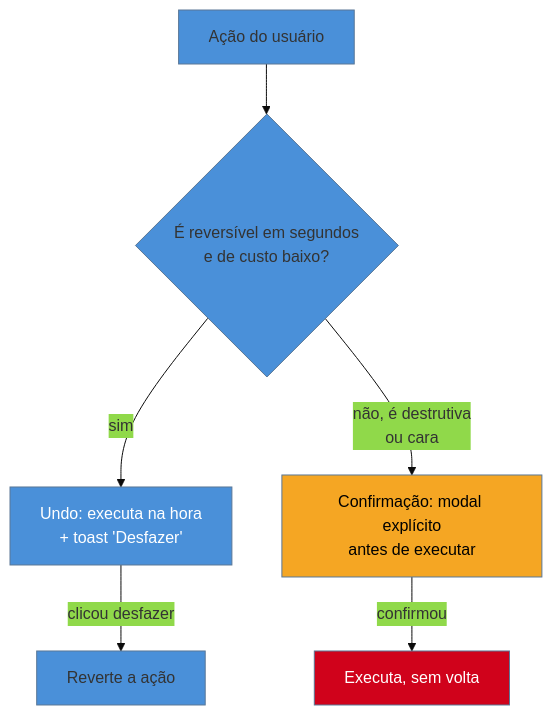
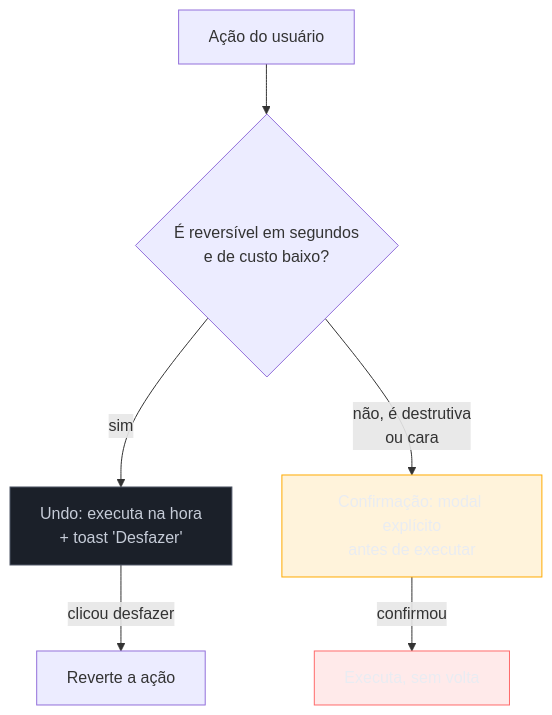
One commit to josenaldo/codex-technomanticus changed the diagram in 03-Dominios/Engenharia/UX/Design de Interação/23 - Undo vs confirmação.md. Above: the diagram before and after it, drawn with Mermaid. The commit also changed 1181 other files, not shown here.

First line of the commit message:
fix(diagramas): paleta do sistema no lugar de cor cravada no markdown

````diff
--- a/03-Dominios/Engenharia/UX/Design de Interação/23 - Undo vs confirmação.md
+++ b/03-Dominios/Engenharia/UX/Design de Interação/23 - Undo vs confirmação.md
@@ -32,12 +32,14 @@
 ```mermaid
-%%{init: {"theme": "base", "themeVariables": {"primaryColor": "#4A90D9"}}}%%
 graph TD
+    classDef neutro fill:#1B2029,stroke:#4E5666,color:#C6CCD8
+    classDef destaque fill:#FFAA0024,stroke:#FFAA00,color:#E9ECF2
+    classDef falha fill:#FF6B6B24,stroke:#FF6B6B,color:#E9ECF2
     A["Ação do usuário"] --> B{"É reversível em segundos<br/>e de custo baixo?"}
     B -->|sim| C["Undo: executa na hora<br/>+ toast 'Desfazer'"]
     B -->|não, é destrutiva<br/>ou cara| D["Confirmação: modal explícito<br/>antes de executar"]
     C -->|clicou desfazer| E["Reverte a ação"]
     D -->|confirmou| F["Executa, sem volta"]
-    style C fill:#4A90D9,color:#fff
-    style D fill:#F5A623,color:#000
-    style F fill:#D0021B,color:#fff
+    class C neutro
+    class D destaque
+    class F falha
 ```
````
